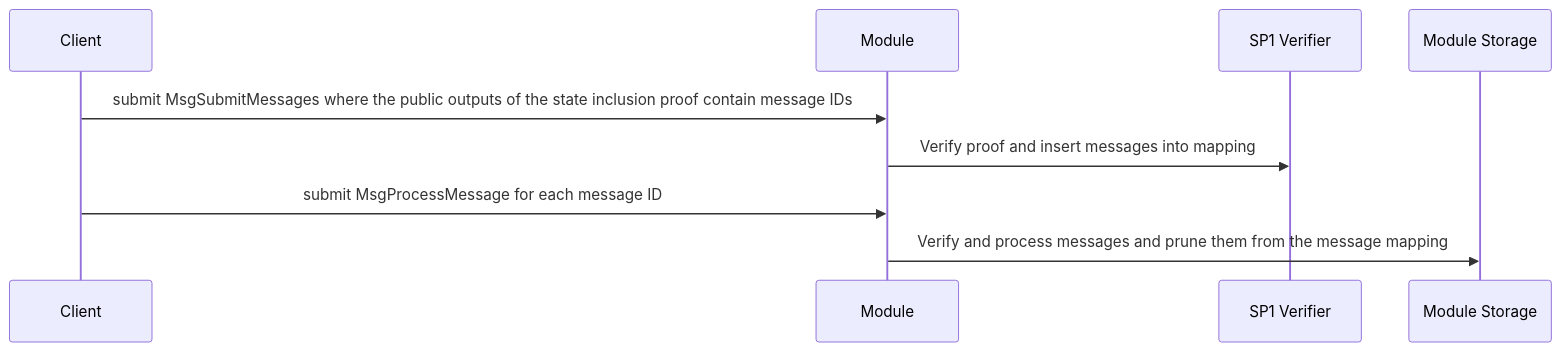
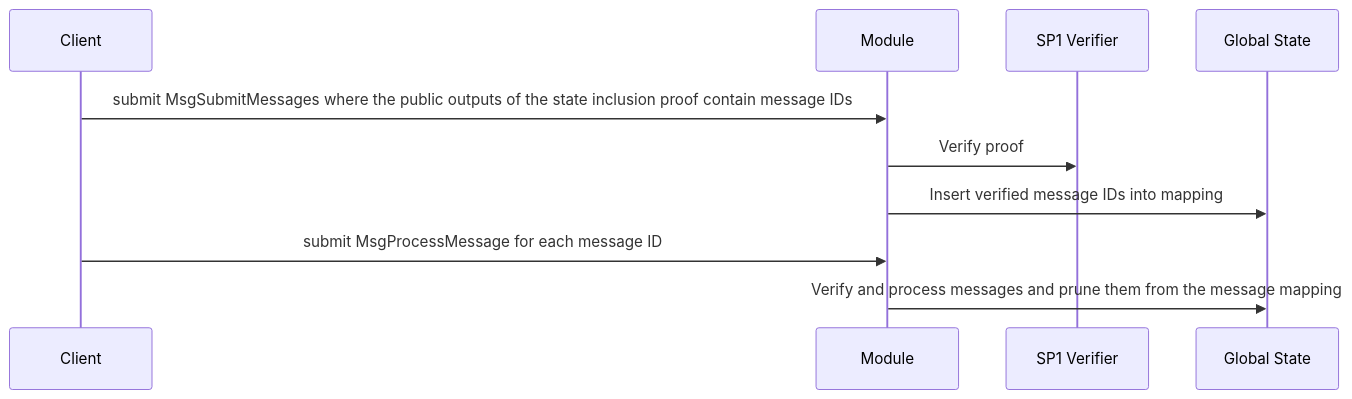
Before and after one commit to celestiaorg/ethereum-zk-consensus-client: the second of 2 diagrams in README.md, drawn with Mermaid.

````diff
--- a/README.md
+++ b/README.md
@@ -162,7 +162,8 @@
 ```mermaid
     sequenceDiagram;
         Client->>Module: submit MsgSubmitMessages where the public outputs of the state inclusion proof contain message IDs;
-        Module->>SP1 Verifier: Verify proof and insert messages into mapping;
+        Module->>SP1 Verifier: Verify proof;
+        Module->>Global State: Insert verified message IDs into mapping;
         Client->>Module: submit MsgProcessMessage for each message ID;
-        Module->>Module Storage: Verify and process messages and prune them from the message mapping;
+        Module->>Global State: Verify and process messages and prune them from the message mapping;
 ```
````
